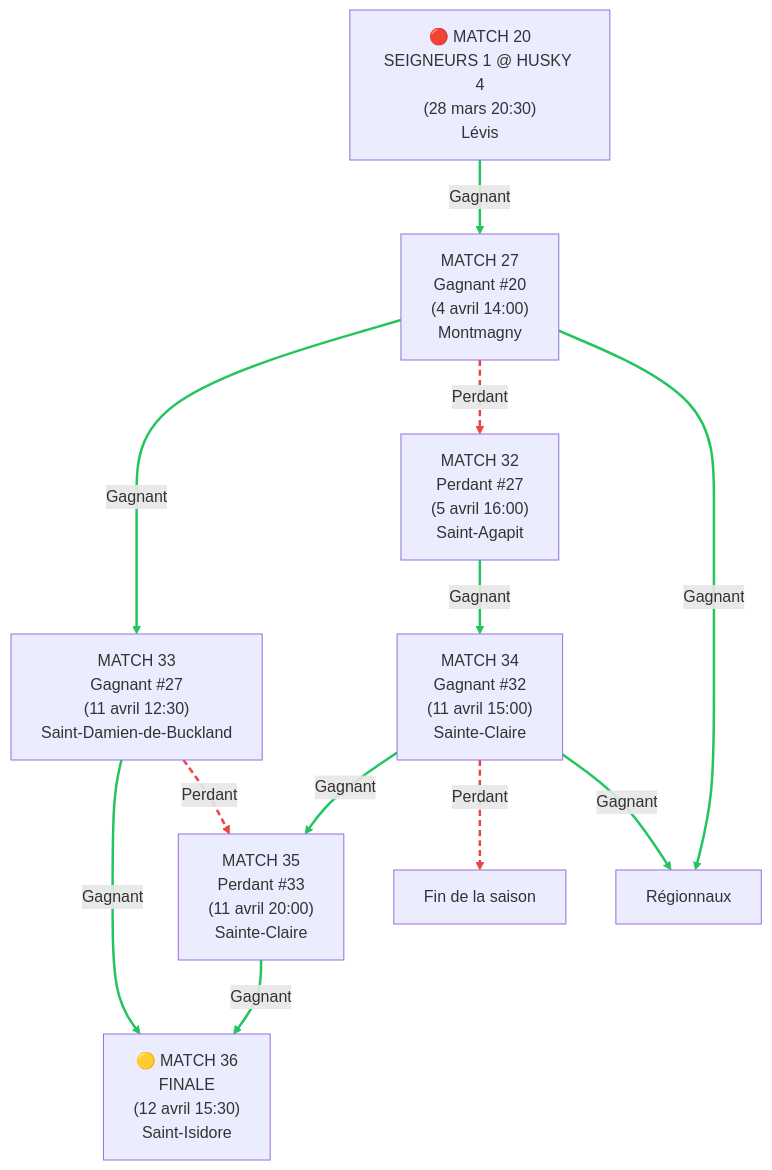
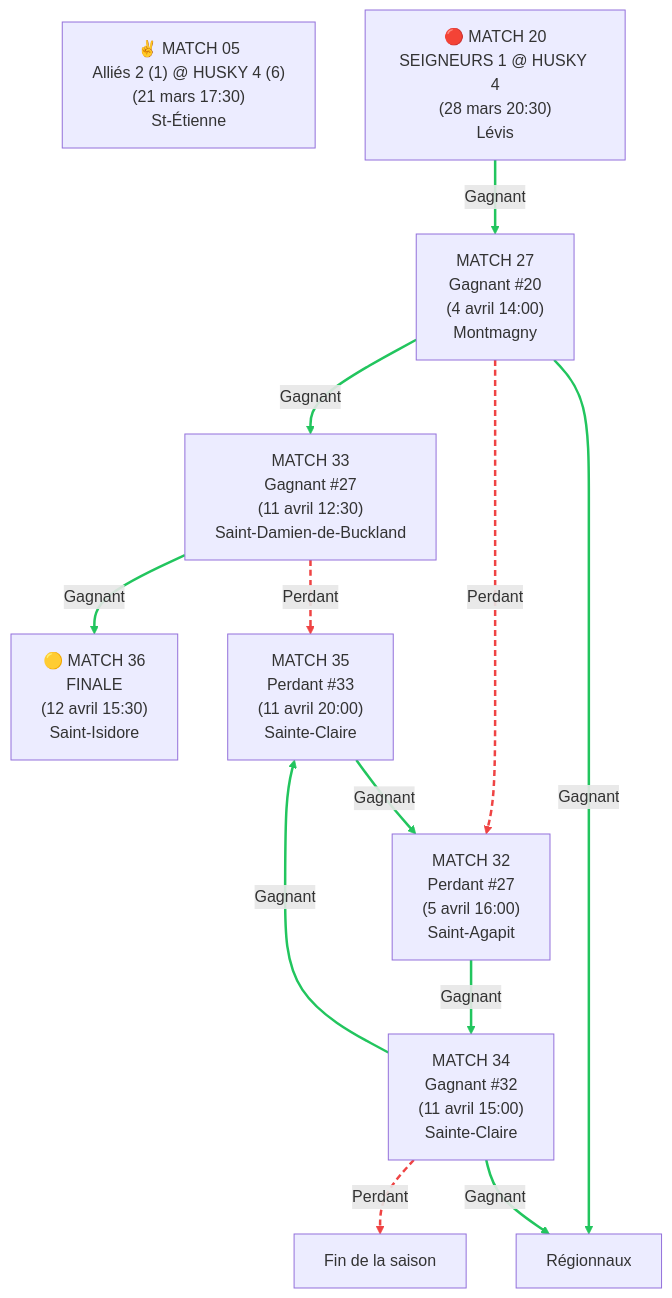
The first of 2 diagrams in README.md (voltogyre/horaire-serie-2026), drawn with Mermaid before and after one commit.

Commit message:
rename boxes

````diff
--- a/README.md
+++ b/README.md
@@ -14,21 +14,22 @@
 ```mermaid
 graph TD
-    A["🔴 MATCH 20<br/>SEIGNEURS 1 @ HUSKY 4<br/>(28 mars 20:30)<br/>Lévis"] 
+    M18B05["✌️ MATCH 05<br/>Alliés 2 (1) @ HUSKY 4 (6)<br/>(21 mars 17:30)<br/>St-Étienne"]
+    M18B20["🔴 MATCH 20<br/>SEIGNEURS 1 @ HUSKY 4<br/>(28 mars 20:30)<br/>Lévis"] 
     
-    A -->|Gagnant| B["MATCH 27<br/>Gagnant #20<br/>(4 avril 14:00)<br/>Montmagny"]
-    B -->|Gagnant| D["MATCH 33<br/>Gagnant #27<br/>(11 avril 12:30)<br/>Saint-Damien-de-Buckland"]
-    B -->|Perdant| E["MATCH 32<br/>Perdant #27<br/>(5 avril 16:00)<br/>Saint-Agapit"]
-    D -->|Gagnant| I["🟡 MATCH 36<br/>FINALE<br/>(12 avril 15:30)<br/>Saint-Isidore"]
-    D -->|Perdant| J["MATCH 35<br/>Perdant #33<br/>(11 avril 20:00)<br/>Sainte-Claire"]
-    E -->|Gagnant| H["MATCH 34<br/>Gagnant #32<br/>(11 avril 15:00)<br/>Sainte-Claire"]
-    H -->|Gagnant| J
-    J -->|Gagnant| I
-    H -->|Perdant| K["Fin de la saison"]
-    B -->|Gagnant| L["Régionnaux"]
-    H -->|Gagnant| L["Régionnaux"]
+    M18B20 -->|Gagnant| M18B27["MATCH 27<br/>Gagnant #20<br/>(4 avril 14:00)<br/>Montmagny"]
+    M18B27 -->|Gagnant| M18B33["MATCH 33<br/>Gagnant #27<br/>(11 avril 12:30)<br/>Saint-Damien-de-Buckland"]
+    M18B27 -->|Perdant| M18B32["MATCH 32<br/>Perdant #27<br/>(5 avril 16:00)<br/>Saint-Agapit"]
+    M18B33 -->|Gagnant| M18B36["🟡 MATCH 36<br/>FINALE<br/>(12 avril 15:30)<br/>Saint-Isidore"]
+    M18B33 -->|Perdant| M18B35["MATCH 35<br/>Perdant #33<br/>(11 avril 20:00)<br/>Sainte-Claire"]
+    M18B32 -->|Gagnant| M18B34["MATCH 34<br/>Gagnant #32<br/>(11 avril 15:00)<br/>Sainte-Claire"]
+    M18B34 -->|Gagnant| M18B35
+    M18B35 -->|Gagnant| M18B32
+    M18B34 -->|Perdant| K["Fin de la saison"]
+    M18B27 -->|Gagnant| W["Régionnaux"]
+    M18B34 -->|Gagnant| W["Régionnaux"]
 
     linkStyle 0,1,3,5,6,7,9,10 stroke:#22c55e,stroke-width:2.5px
     linkStyle 2,4,8 stroke:#ef4444,stroke-width:2.5px,stroke-dasharray:6 4
     
 
 ```
````
